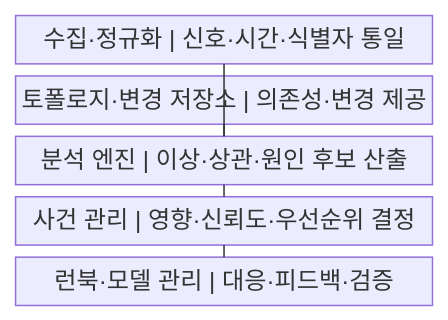
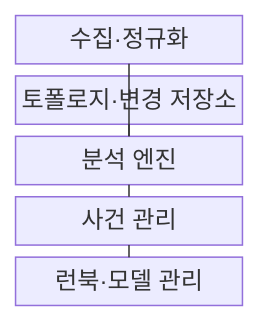
Before and after one commit to agnusdei1207/knowledge-base: the first of 2 diagrams in src/content/docs/notes/03-software/167_aiops.md, drawn with Mermaid. The commit also changed other lines of this file and 238 other files, not shown here.

````diff
--- a/src/content/docs/notes/03-software/167_aiops.md
+++ b/src/content/docs/notes/03-software/167_aiops.md
@@ -54,13 +54,13 @@
 ```mermaid
-block
+block-beta
     columns 1
-    A["수집·정규화 | 신호·시간·식별자 통일"]
-    B["토폴로지·변경 저장소 | 의존성·변경 제공"]
-    C["분석 엔진 | 이상·상관·원인 후보 산출"]
-    D["사건 관리 | 영향·신뢰도·우선순위 결정"]
-    E["런북·모델 관리 | 대응·피드백·검증"]
+    A["수집·정규화"]
+    B["토폴로지·변경 저장소"]
+    C["분석 엔진"]
+    D["사건 관리"]
+    E["런북·모델 관리"]
     A --- C
     B --- C
     C --- D
     D --- E
 ```
````
